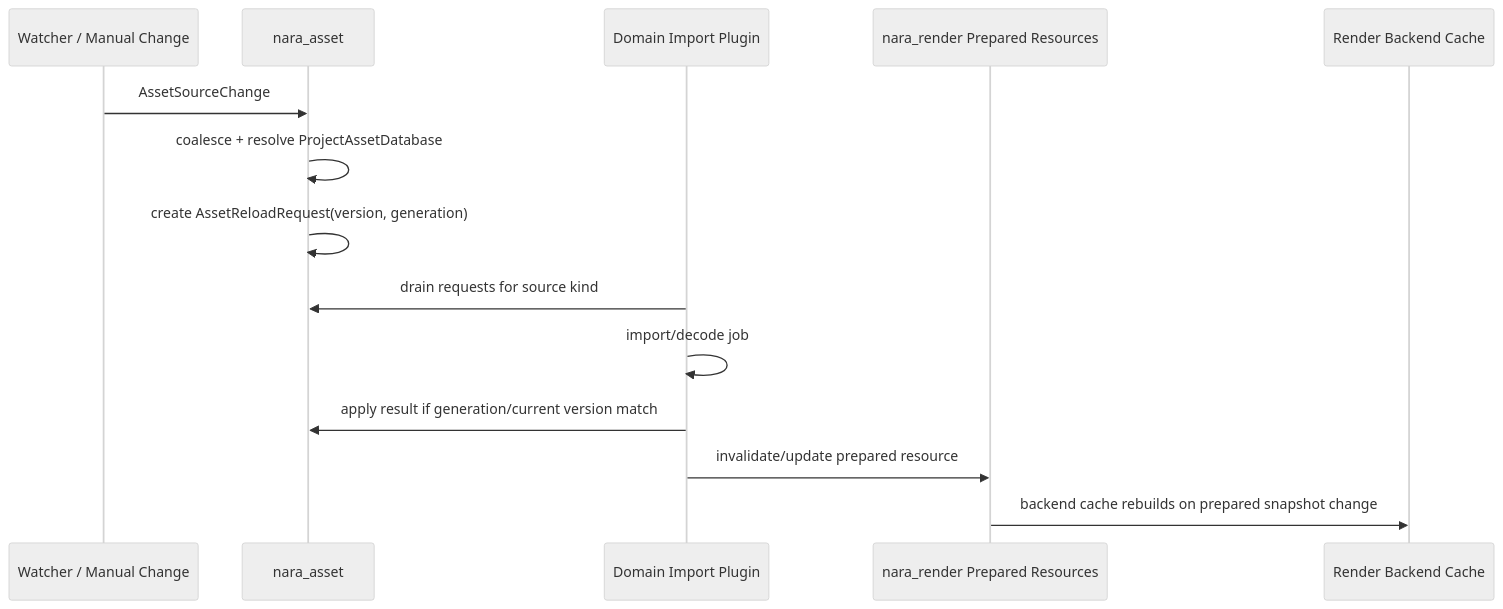
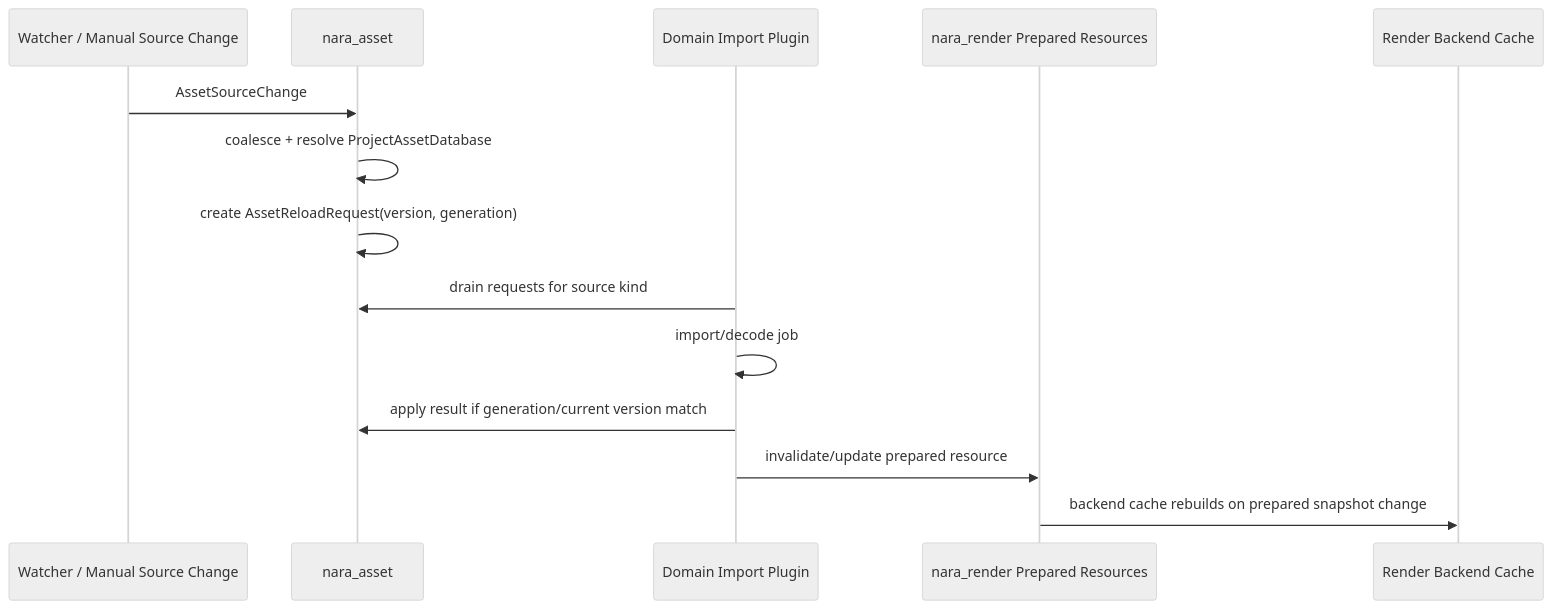
The second of 2 diagrams in docs/architecture/adr/0037-asset-load-request-cache-and-lifetime-policy.md (Latias94/nara), drawn with Mermaid (neutral theme) before and after one commit. The commit also changed other lines of this file and 4 other files, not shown here.

Commit message:
docs(assets): define durable import product graph

````diff
--- a/docs/architecture/adr/0037-asset-load-request-cache-and-lifetime-policy.md
+++ b/docs/architecture/adr/0037-asset-load-request-cache-and-lifetime-policy.md
@@ -43,17 +69,17 @@
 ```mermaid
 sequenceDiagram
-    participant Watch as Watcher / Manual Change
+    participant Watch as Watcher / Manual Source Change
     participant Asset as nara_asset
     participant Domain as Domain Import Plugin
     participant Prepared as nara_render Prepared Resources
     participant Backend as Render Backend Cache
 
     Watch->>Asset: AssetSourceChange
     Asset->>Asset: coalesce + resolve ProjectAssetDatabase
     Asset->>Asset: create AssetReloadRequest(version, generation)
     Domain->>Asset: drain requests for source kind
     Domain->>Domain: import/decode job
     Domain->>Asset: apply result if generation/current version match
     Domain->>Prepared: invalidate/update prepared resource
     Prepared->>Backend: backend cache rebuilds on prepared snapshot change
 ```
````
